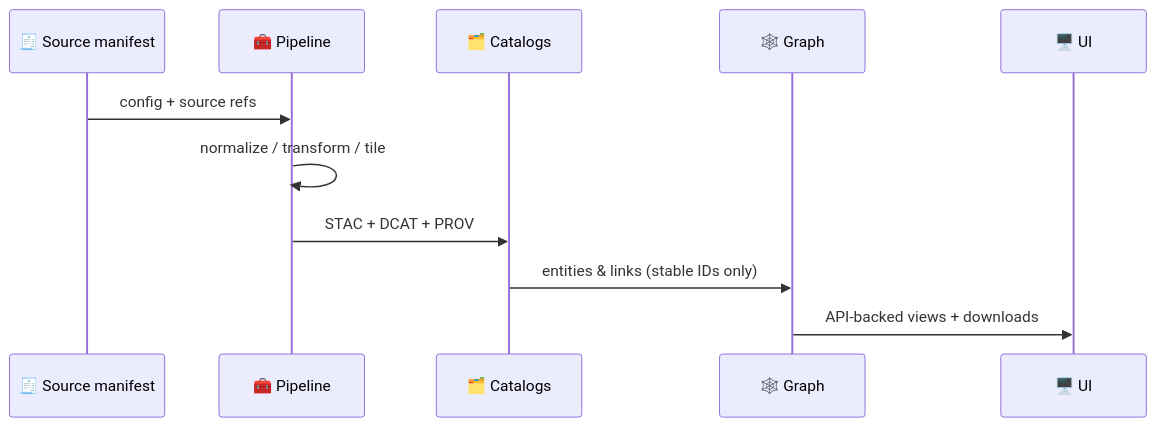
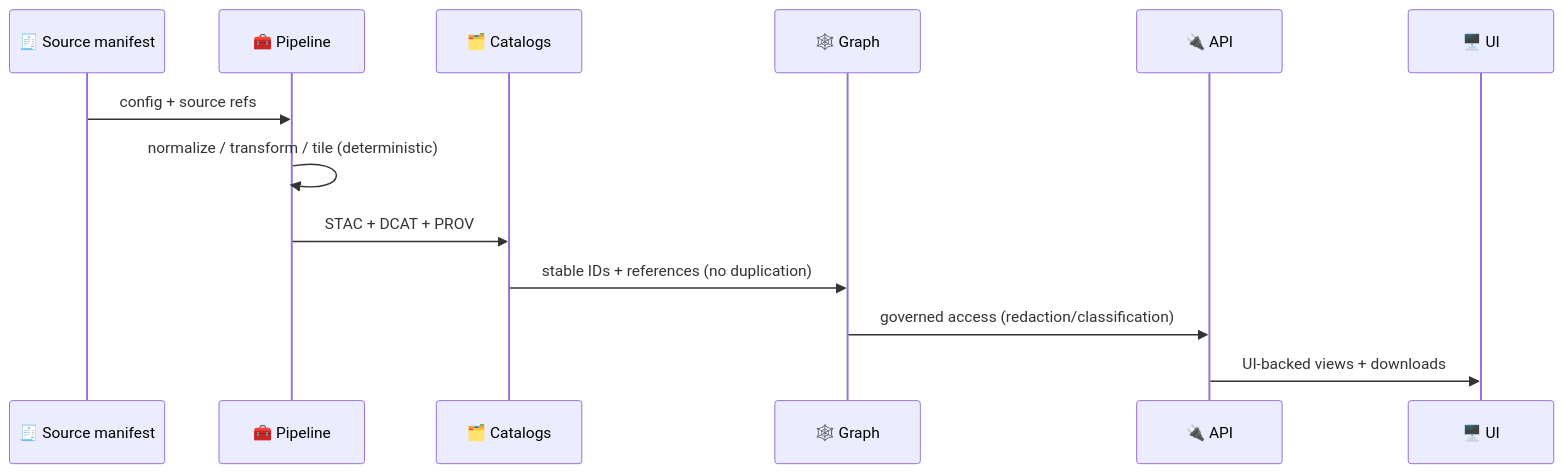
One commit to bartytime4life/Kansas-Frontier-Matrix changed the fifth of 5 diagrams in README.md. Above: the diagram before and after it, drawn with Mermaid. The commit also changed other lines of this file, not shown here.

````diff
--- a/README.md
+++ b/README.md
@@ -333,13 +417,15 @@
 ```mermaid
 sequenceDiagram
   participant S as 🧾 Source manifest
   participant P as 🧰 Pipeline
   participant C as 🗂️ Catalogs
   participant G as 🕸️ Graph
+  participant A as 🔌 API
   participant U as 🖥️ UI
   S->>P: config + source refs
-  P->>P: normalize / transform / tile
+  P->>P: normalize / transform / tile (deterministic)
   P->>C: STAC + DCAT + PROV
-  C->>G: entities & links (stable IDs only)
-  G->>U: API-backed views + downloads
+  C->>G: stable IDs + references (no duplication)
+  G->>A: governed access (redaction/classification)
+  A->>U: UI-backed views + downloads
 ```
````
